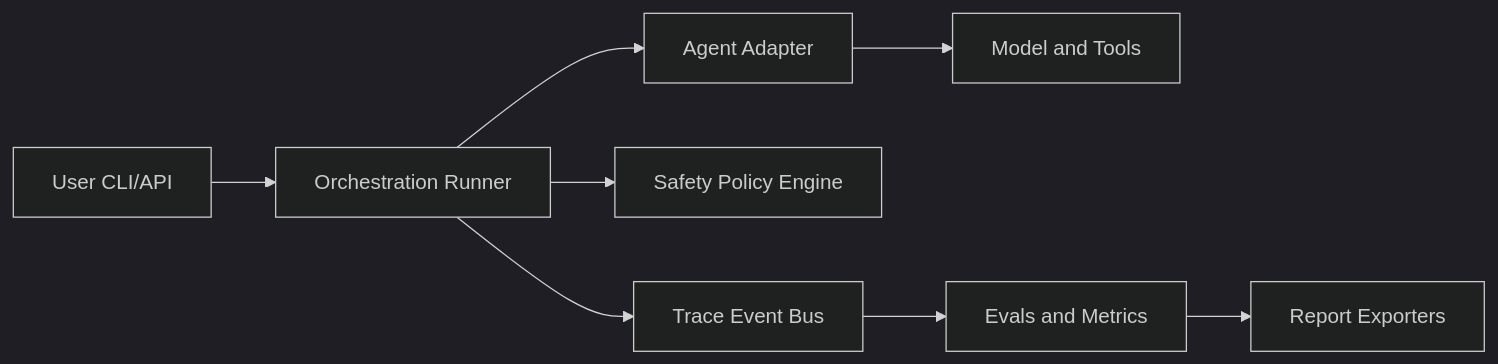
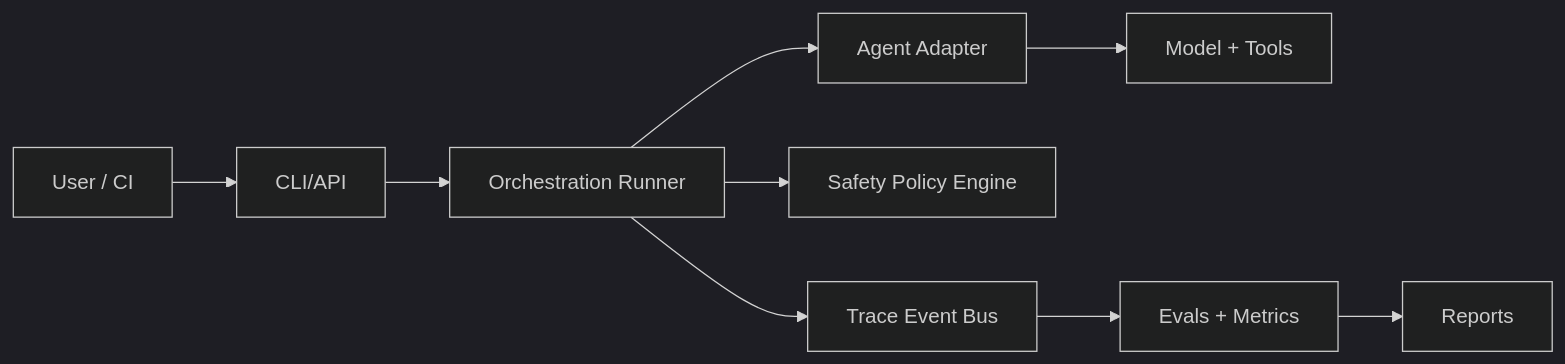
The diagram in README.md (reiidoda/OpenRe), drawn with Mermaid (dark theme) before and after one commit. The commit also changed other lines of this file and 4 other files, not shown here.

````diff
--- a/README.md
+++ b/README.md
@@ -60,10 +40,11 @@
 ```mermaid
 flowchart LR
-  U[User CLI/API] --> O[Orchestration Runner]
-  O --> A[Agent Adapter]
-  O --> S[Safety Policy Engine]
-  O --> T[Trace Event Bus]
-  A --> M[Model and Tools]
-  T --> E[Evals and Metrics]
-  E --> R[Report Exporters]
+  U["User / CI"] --> CLI["CLI/API"]
+  CLI --> O["Orchestration Runner"]
+  O --> A["Agent Adapter"]
+  O --> S["Safety Policy Engine"]
+  O --> T["Trace Event Bus"]
+  A --> M["Model + Tools"]
+  T --> E["Evals + Metrics"]
+  E --> R["Reports"]
 ```
````
